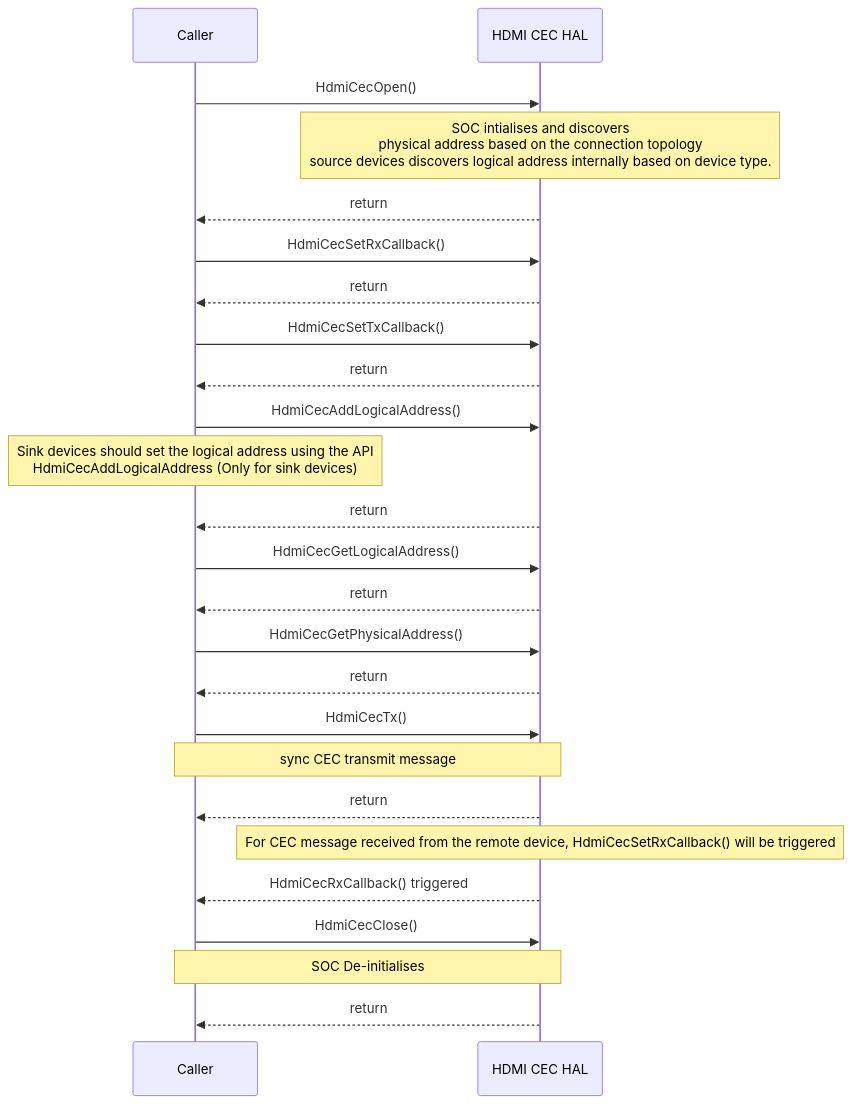
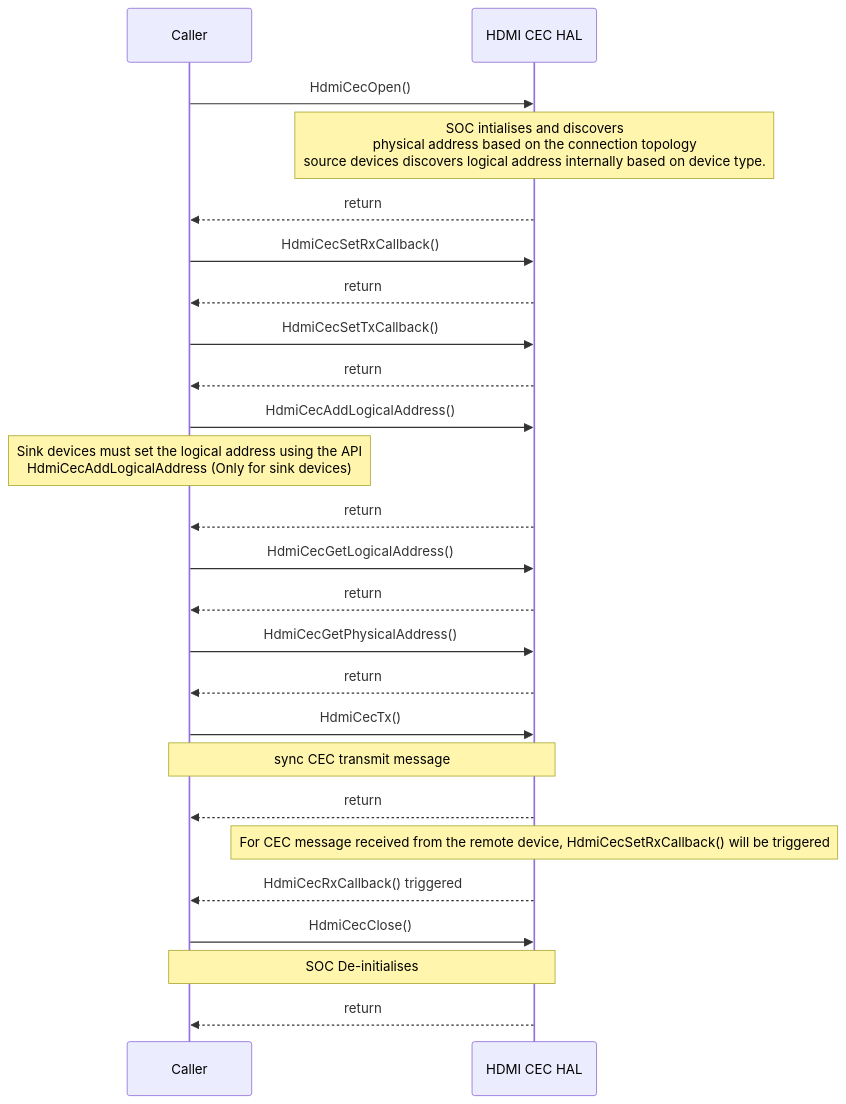
The second of 2 diagrams in docs/pages/hdmi-cec_halSpec.md (rdkcentral/rdk-halif-hdmi_cec), drawn with Mermaid before and after one commit. The commit also changed other lines of this file and 5 other files, not shown here.

````diff
--- a/docs/pages/hdmi-cec_halSpec.md
+++ b/docs/pages/hdmi-cec_halSpec.md
@@ -184,28 +185,28 @@
 ```mermaid
 %%{ init : { "theme" : "default", "flowchart" : { "curve" : "stepBefore" }}}%%
    sequenceDiagram
     participant Caller as Caller
     participant HAL as HDMI CEC HAL
     Caller->>HAL:HdmiCecOpen()
     Note over HAL: SOC intialises and discovers <br> physical address based on the connection topology <br> source devices discovers logical address internally  based on device type.
     HAL-->>Caller:return
     Caller->>HAL:HdmiCecSetRxCallback()
     HAL-->>Caller:return
     Caller->>HAL:HdmiCecSetTxCallback()
     HAL-->>Caller:return
     Caller ->>HAL:HdmiCecAddLogicalAddress()
-    Note over Caller: Sink devices should set the logical address using the API <br> HdmiCecAddLogicalAddress (Only for sink devices)
+    Note over Caller: Sink devices must set the logical address using the API <br> HdmiCecAddLogicalAddress (Only for sink devices)
     HAL-->>Caller:return
     Caller ->>HAL:HdmiCecGetLogicalAddress()
     HAL-->>Caller:return
     Caller ->>HAL:HdmiCecGetPhysicalAddress()
     HAL-->>Caller:return
     Caller ->>HAL:HdmiCecTx()
     Note over Caller,HAL: sync CEC transmit message
     HAL-->>Caller:return
     Note over HAL: For CEC message received from the remote device, HdmiCecSetRxCallback() will be triggered
     HAL-->>Caller:HdmiCecRxCallback() triggered
     Caller ->>HAL:HdmiCecClose()
     Note over Caller,HAL: SOC De-initialises 
     HAL-->>Caller:return
  ```
````
